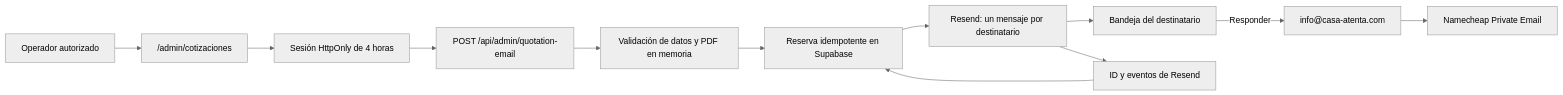
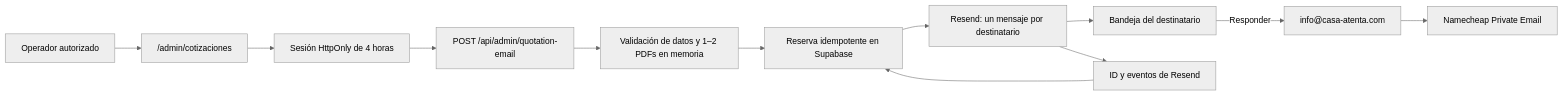
The diagram in docs/QUOTATION_EMAIL_SYSTEM.md (aldonovar/casaatenta-web), drawn with Mermaid (neutral theme) before and after one commit. The commit also changed other lines of this file and 26 other files, not shown here.

````diff
--- a/docs/QUOTATION_EMAIL_SYSTEM.md
+++ b/docs/QUOTATION_EMAIL_SYSTEM.md
@@ -10,14 +10,14 @@
 ```mermaid
 flowchart LR
   A["Operador autorizado"] --> B["/admin/cotizaciones"]
   B --> C["Sesión HttpOnly de 4 horas"]
   C --> D["POST /api/admin/quotation-email"]
-  D --> E["Validación de datos y PDF en memoria"]
+  D --> E["Validación de datos y 1–2 PDFs en memoria"]
   E --> F["Reserva idempotente en Supabase"]
   F --> G["Resend: un mensaje por destinatario"]
   G --> H["Bandeja del destinatario"]
   H -->|"Responder"| I["info@casa-atenta.com"]
   I --> J["Namecheap Private Email"]
   G --> K["ID y eventos de Resend"]
   K --> F
 ```
````
